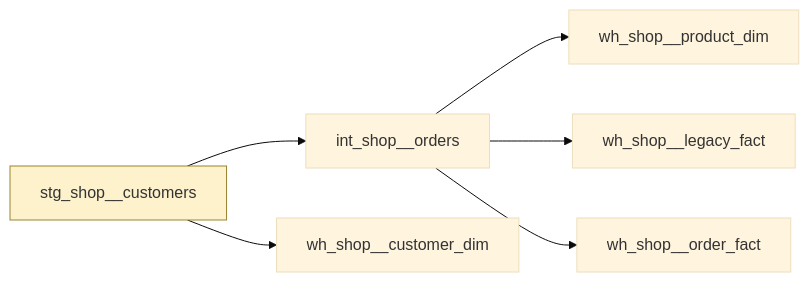
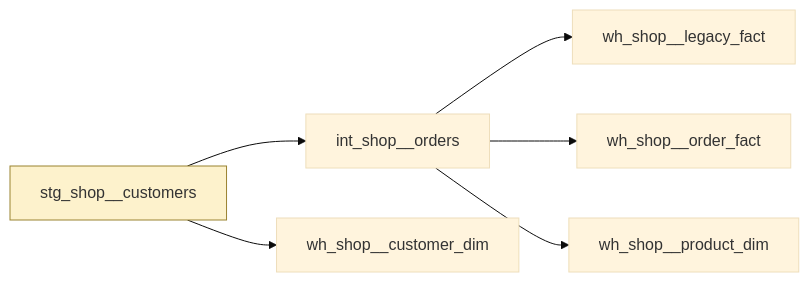
One commit to sav-sus/Hunter changed the diagram in docs/example/models/stg_shop__customers.md. Above: the diagram before and after it, drawn with Mermaid (base theme). The commit also changed other lines of this file and 18 other files, not shown here.

````diff
--- a/docs/example/models/stg_shop__customers.md
+++ b/docs/example/models/stg_shop__customers.md
@@ -43,15 +43,15 @@
 ```mermaid
 flowchart LR
   stg_shop__customers["stg_shop__customers"]
   style stg_shop__customers fill:#fdf2cc,stroke:#9a8330
   int_shop__orders["int_shop__orders"]
   wh_shop__customer_dim["wh_shop__customer_dim"]
   wh_shop__legacy_fact["wh_shop__legacy_fact"]
   wh_shop__order_fact["wh_shop__order_fact"]
   wh_shop__product_dim["wh_shop__product_dim"]
   stg_shop__customers --> int_shop__orders
   stg_shop__customers --> wh_shop__customer_dim
-  int_shop__orders --> wh_shop__product_dim
   int_shop__orders --> wh_shop__legacy_fact
   int_shop__orders --> wh_shop__order_fact
+  int_shop__orders --> wh_shop__product_dim
 ```
````
